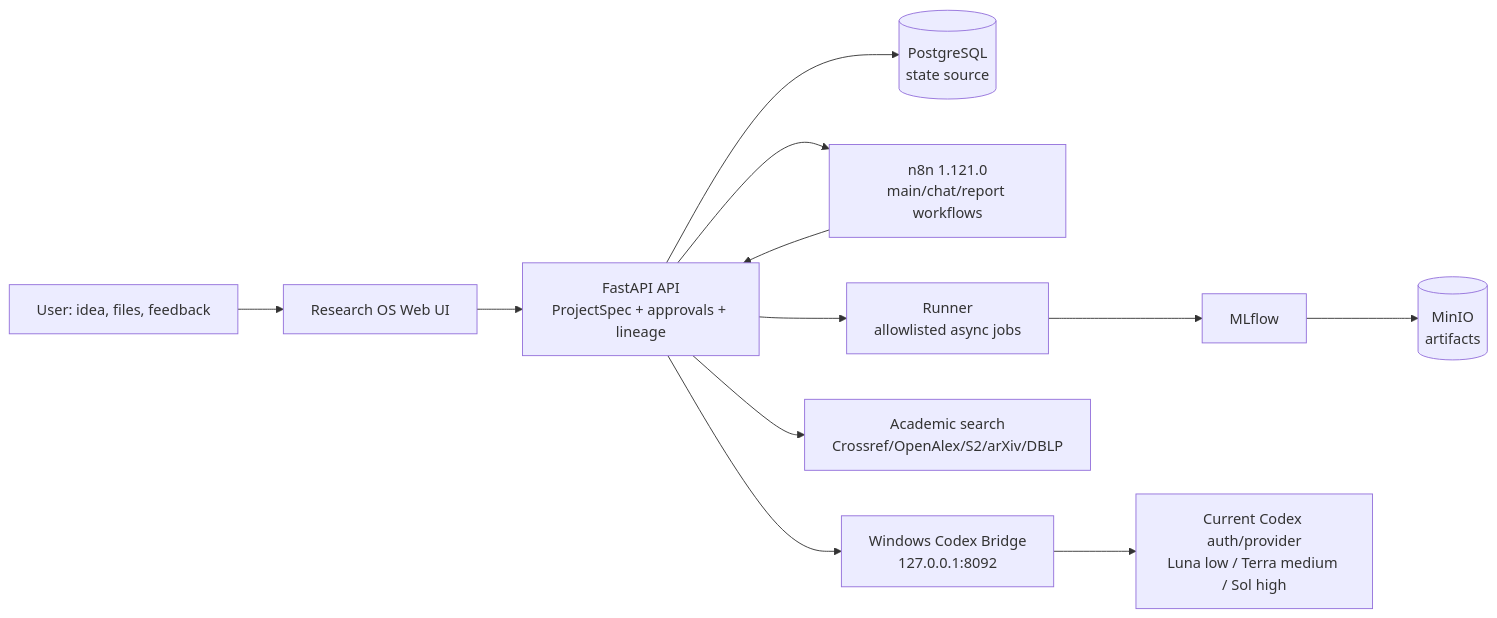
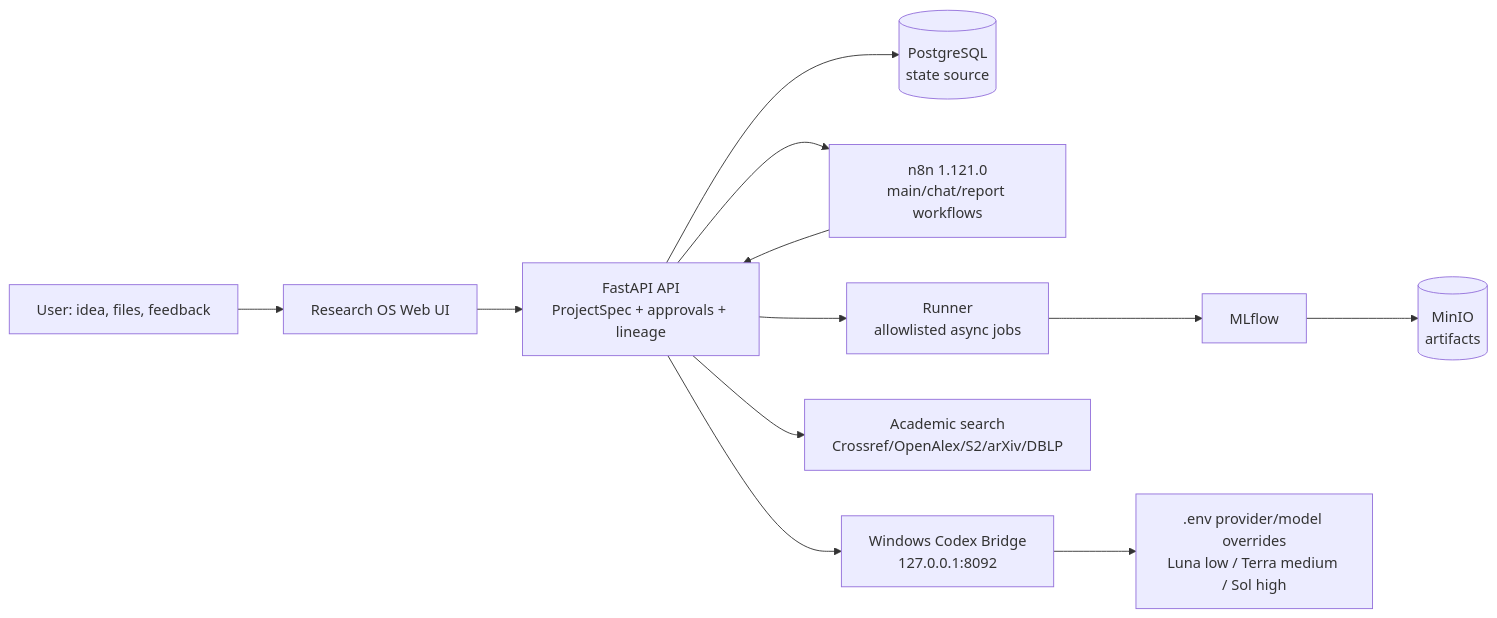
Before and after one commit to Karbo123/ResearchOS: the diagram in README.md, drawn with Mermaid. The commit also changed other lines of this file and 21 other files, not shown here.

````diff
--- a/README.md
+++ b/README.md
@@ -58,14 +58,14 @@
 ```mermaid
 flowchart LR
     U["User: idea, files, feedback"] --> UI["Research OS Web UI"]
     UI --> API["FastAPI API\nProjectSpec + approvals + lineage"]
     API --> PG[("PostgreSQL\nstate source")]
     API --> N8N["n8n 1.121.0\nmain/chat/report workflows"]
     N8N --> API
     API --> R["Runner\nallowlisted async jobs"]
     R --> ML["MLflow"]
     ML --> MI[("MinIO\nartifacts")]
     API --> S["Academic search\nCrossref/OpenAlex/S2/arXiv/DBLP"]
     API --> B["Windows Codex Bridge\n127.0.0.1:8092"]
-    B --> C["Current Codex auth/provider\nLuna low / Terra medium / Sol high"]
+    B --> C[".env provider/model overrides\nLuna low / Terra medium / Sol high"]
 ```
````
